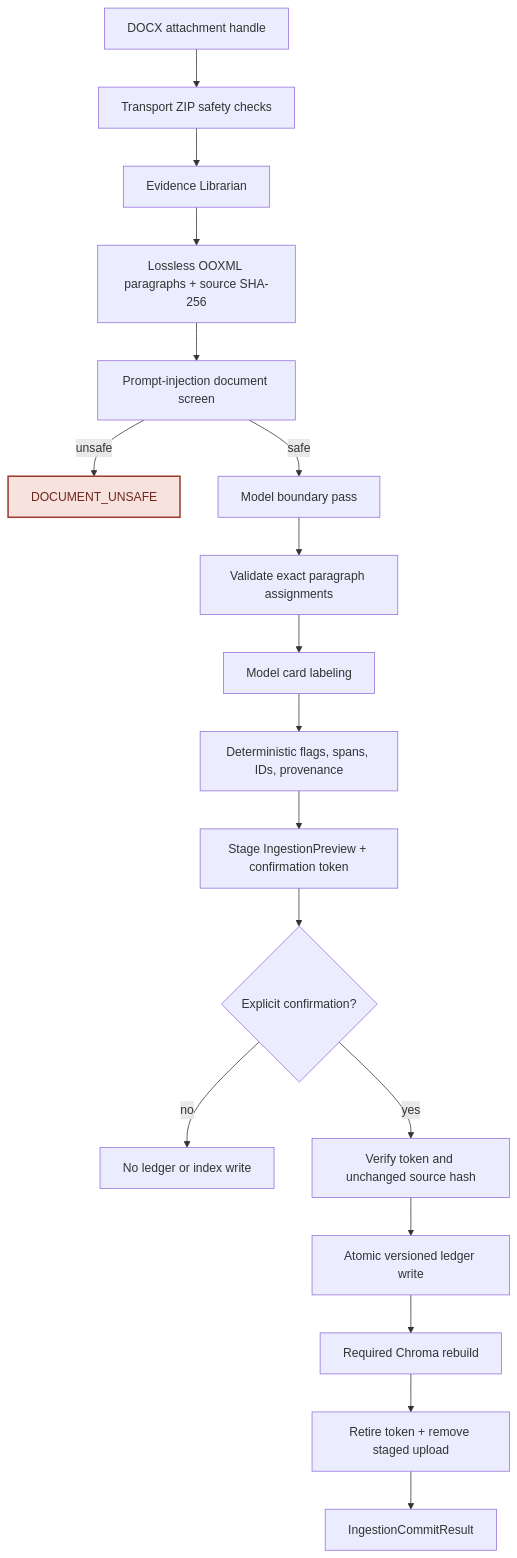
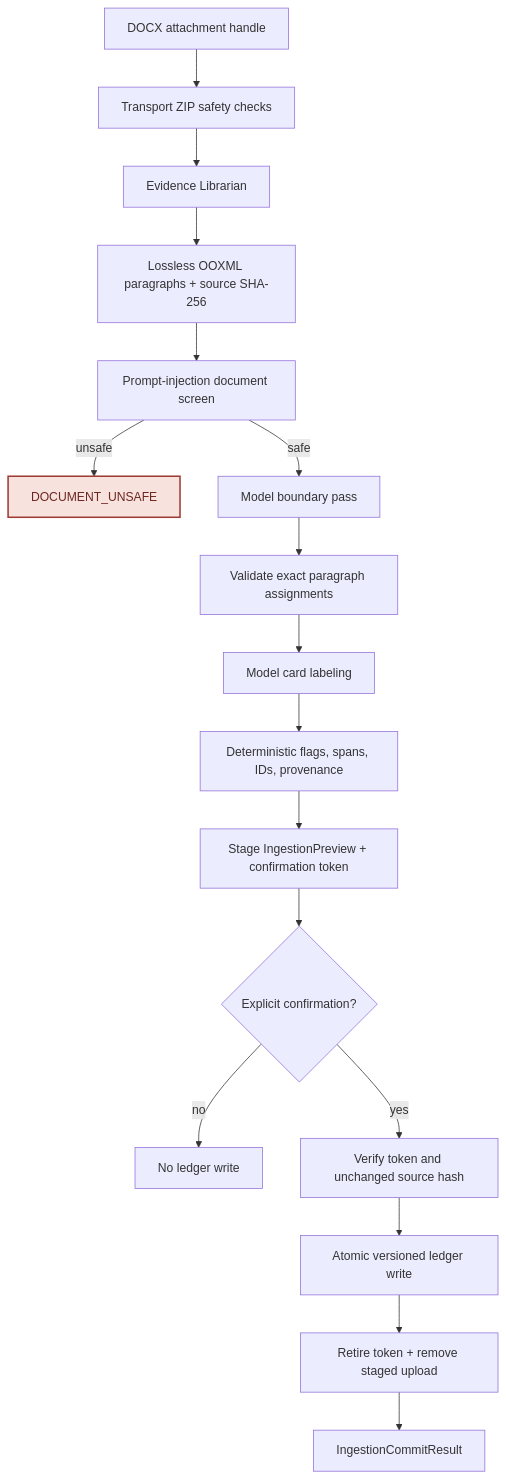
The diagram in docs/workflow-diagrams/src/03-ingestion-confirmation.mmd (kevinxuez/ai-accelerate), drawn with Mermaid before and after one commit. The commit also changed 70 other files, not shown here.

```diff
--- a/docs/workflow-diagrams/src/03-ingestion-confirmation.mmd
+++ b/docs/workflow-diagrams/src/03-ingestion-confirmation.mmd
@@ -1,21 +1,20 @@
 flowchart TD
     A["DOCX attachment handle"] --> B["Transport ZIP safety checks"]
     B --> C["Evidence Librarian"]
     C --> D["Lossless OOXML paragraphs + source SHA-256"]
     D --> E["Prompt-injection document screen"]
     E -->|"unsafe"| X["DOCUMENT_UNSAFE"]
     E -->|"safe"| F["Model boundary pass"]
     F --> G["Validate exact paragraph assignments"]
     G --> H["Model card labeling"]
     H --> I["Deterministic flags, spans, IDs, provenance"]
     I --> J["Stage IngestionPreview + confirmation token"]
     J --> K{"Explicit confirmation?"}
-    K -->|"no"| L["No ledger or index write"]
+    K -->|"no"| L["No ledger write"]
     K -->|"yes"| M["Verify token and unchanged source hash"]
     M --> N["Atomic versioned ledger write"]
-    N --> O["Required Chroma rebuild"]
-    O --> P["Retire token + remove staged upload"]
+    N --> P["Retire token + remove staged upload"]
     P --> Q["IngestionCommitResult"]
 
     classDef failure fill:#f7e2de,color:#6d271f,stroke:#9b3b32,stroke-width:2px;
     class X failure;
```
